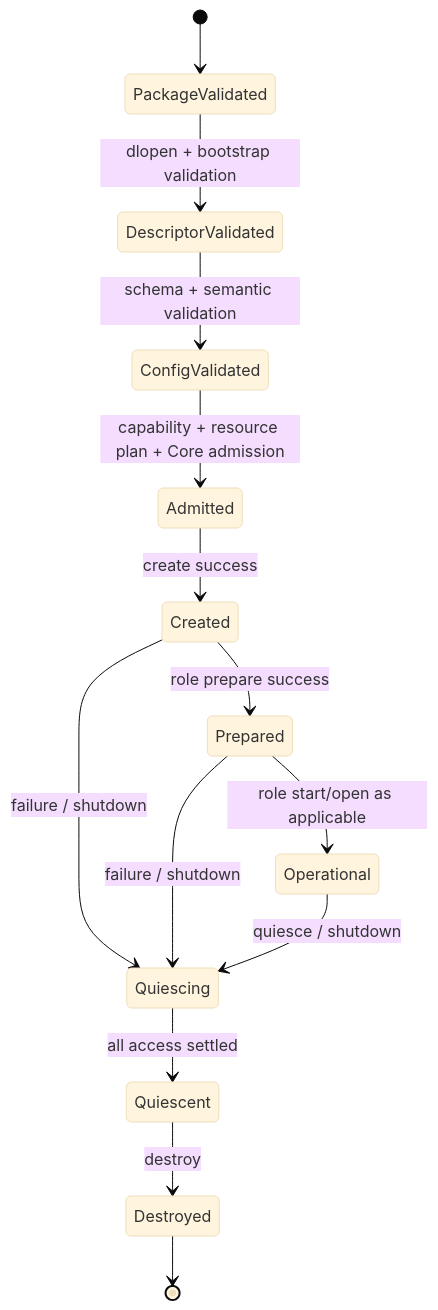
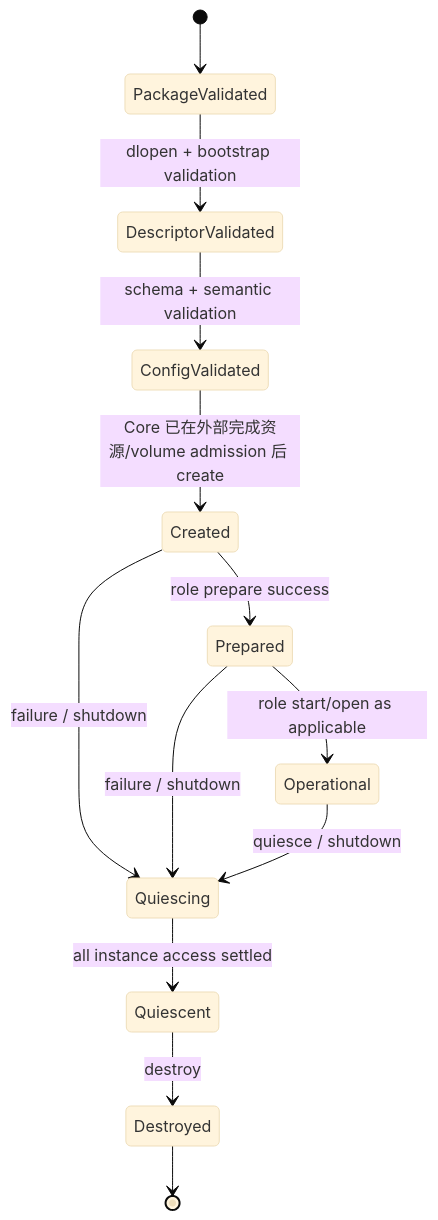
One commit to SiYueY/rodaq changed the diagram in docs/design/plugin.md. Above: the diagram before and after it, drawn with Mermaid (base theme). The commit also changed other lines of this file and 7 other files, not shown here.

````diff
--- a/docs/design/plugin.md
+++ b/docs/design/plugin.md
@@ -264,16 +265,15 @@
 ```mermaid
 stateDiagram-v2
     [*] --> PackageValidated
     PackageValidated --> DescriptorValidated: dlopen + bootstrap validation
     DescriptorValidated --> ConfigValidated: schema + semantic validation
-    ConfigValidated --> Admitted: capability + resource plan + Core admission
-    Admitted --> Created: create success
+    ConfigValidated --> Created: Core 已在外部完成资源/volume admission 后 create
     Created --> Prepared: role prepare success
     Prepared --> Operational: role start/open as applicable
     Created --> Quiescing: failure / shutdown
     Prepared --> Quiescing: failure / shutdown
     Operational --> Quiescing: quiesce / shutdown
-    Quiescing --> Quiescent: all access settled
+    Quiescing --> Quiescent: all instance access settled
     Quiescent --> Destroyed: destroy
     Destroyed --> [*]
 ```
````
